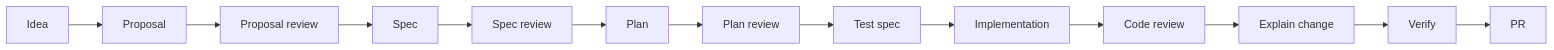
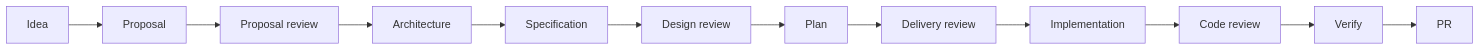
Before and after one commit to xiongxianfei/rigorloop: the diagram in README.md, drawn with Mermaid. The commit also changed other lines of this file and 4 other files, not shown here.

````diff
--- a/README.md
+++ b/README.md
@@ -117,15 +117,14 @@
 ```mermaid
 flowchart LR
   A[Idea] --> B[Proposal]
   B --> C[Proposal review]
-  C --> D[Spec]
-  D --> E[Spec review]
-  E --> F[Plan]
-  F --> G[Plan review]
-  G --> H[Test spec]
+  C --> D[Architecture]
+  D --> E[Specification]
+  E --> F[Design review]
+  F --> G[Plan]
+  G --> H[Delivery review]
   H --> I[Implementation]
   I --> J[Code review]
-  J --> K[Explain change]
-  K --> L[Verify]
-  L --> M[PR]
+  J --> K[Verify]
+  K --> L[PR]
 ```
````
